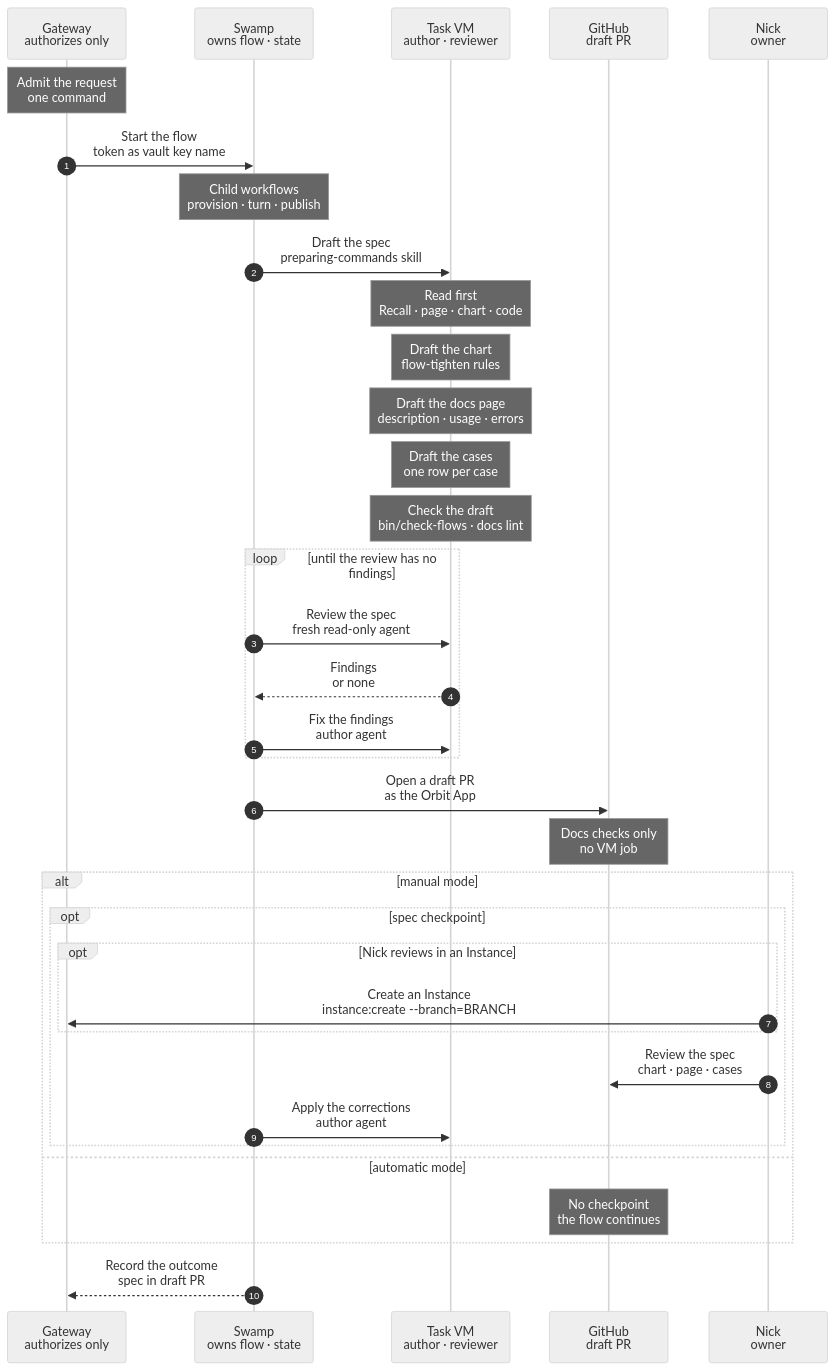
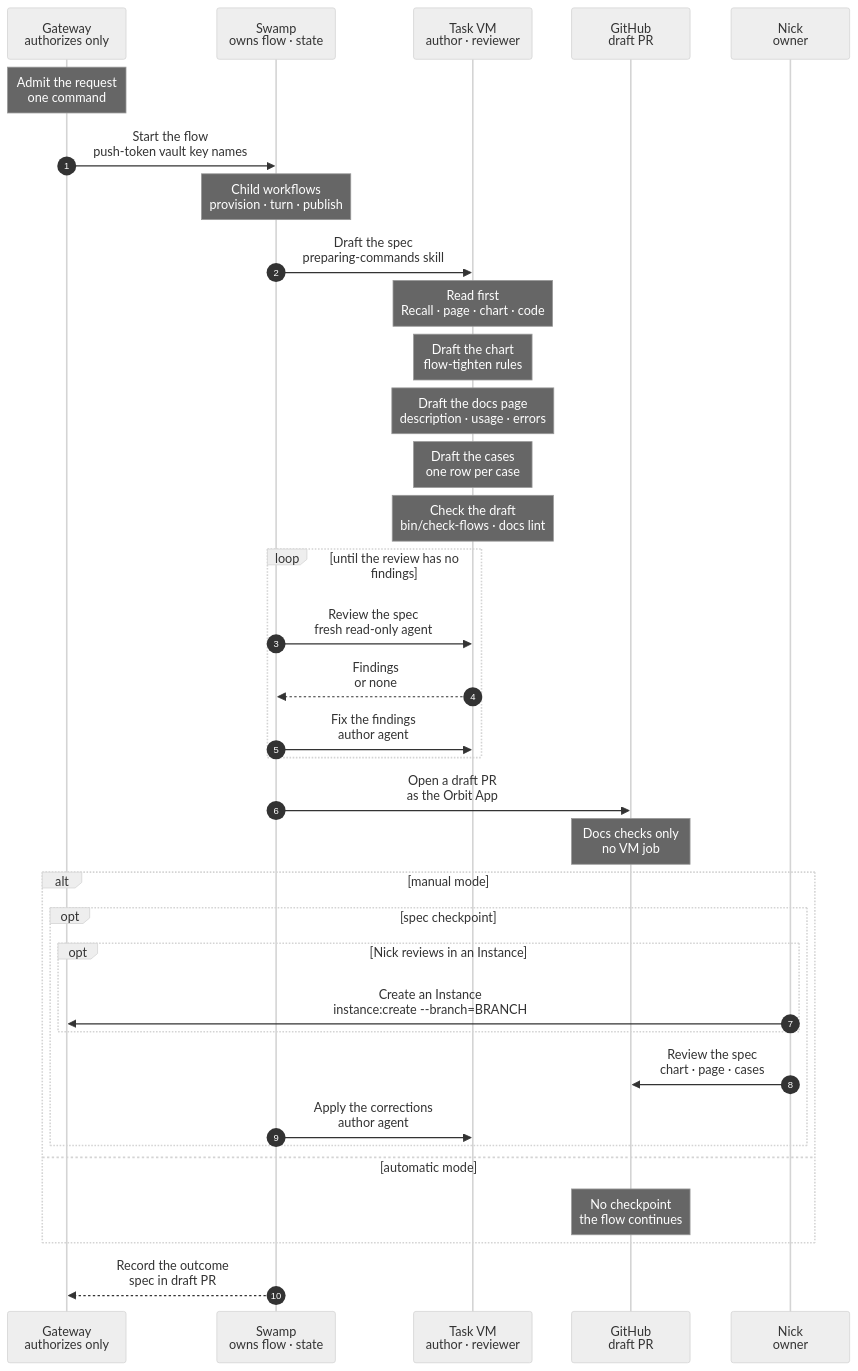
One commit to hardimpactdev/orbit changed the diagram in docs/reference/pipeline/1-prep.mmd. Above: the diagram before and after it, drawn with Mermaid (neutral theme). The commit also changed 12 other files, not shown here.

First line of the commit message:
tasks: mint the publish push token at the publish step, not at admission

```diff
--- a/docs/reference/pipeline/1-prep.mmd
+++ b/docs/reference/pipeline/1-prep.mmd
@@ -1,124 +1,124 @@
 sequenceDiagram
   %% Target design: stage 1 of the command development pipeline (docs/reference/command-development-pipeline.mdx). A command has one PR, and this stage starts it. Swamp owns the flow and its state; the Gateway only authorizes it: it admits each request, mints short-lived GitHub App tokens, passes them by vault key name, and records outcomes. An author agent drafts the spec (chart, docs page and cases), a separate review agent checks it, and Swamp opens a draft PR as the Orbit App. The spec is the first commit of that PR. In manual mode, Nick may review the spec in the draft before code is written; in automatic mode there is no checkpoint. The code and the runnable proof cases follow in the same PR (stages 2 to 4), and stage 4 holds the gate and the merge.
   %% status: draft
   %% command: development pipeline stage 1 · start the command PR with its spec
   %% kind: pipeline.1-prep
   autonumber
   %% lane GW icon=gateway pill=intent tone=blue
   %% lane SW icon=workflow pill=executes tone=green
   %% lane VM icon=terminal pill=target tone=gray
   %% lane GH icon=server pill=target tone=purple
   %% lane NK icon=terminal pill=caller tone=amber
   participant GW as Gateway<br/>authorizes only
   participant SW as Swamp<br/>owns flow · state
   participant VM as Task VM<br/>author · reviewer
   participant GH as GitHub<br/>draft PR
   participant NK as Nick<br/>owner
   Note over GW: Admit the request<br/>one command
   %%> What it does:
   %%> - authorizes the request to start the PR of one command
   %%> - records the operation, so the CLI and web show its state
-  %%> - mints a short-lived GitHub App token for the flow
+  %%> - names the vault keys of the push token; the publish step mints the token when it runs
   %%> Why:
   %%> - the Gateway only authorizes; Swamp owns the flow and all of its state
-  GW->>SW: Start the flow<br/>token as vault key name
+  GW->>SW: Start the flow<br/>push-token vault key names
   %%> Inputs:
   %%> - the command and its family
-  %%> - the vault key name of the token, never the token itself
+  %%> - the vault key names of the push token, never a token
   %%> Built or not:
   %%> - built: `tasks:prep` admits the run and Swamp runs it as the workflow `operation-task-prep`
   %%> - not built: the automatic mode, which a flow input would set
   Note over SW: Child workflows<br/>provision · turn · publish
   %%> What it does:
   %%> - the arrows below from Swamp to the task VM and to GitHub are child workflows of one parent run: `operation-task-provision`, `operation-task-turn` for the draft, review and fix turns, and `operation-task-publish` with a draft
   %%> - the Gateway captured their whole intent at admission and Swamp passes it down as inputs; no step calls the Gateway
   %%> - the commit and tree the draft leaves, which the Gateway cannot know at admission, pass from step to step inside the run
   SW->>VM: Draft the spec<br/>preparing-commands skill
   %%> What it does:
   %%> - the author agent drafts the chart, the docs page and the verification cases in a task VM
   %%> - this commit changes no code
   Note over VM: Read first<br/>Recall · page · chart · code
   %%> What it does:
   %%> - Recall `resolve` for the command and its family, and `decisions` for the family; current decisions override older text
   %%> - reads the existing page and chart; reads the code only to learn what exists, never as the target
   %%> - for a command that already has a spec from a docs-only PR, starts from it and updates it
   %%> - for a sibling of an approved command, starts from the sibling's chart, page and cases
   Note over VM: Draft the chart<br/>flow-tighten rules
   %%> What it does:
   %%> - writes `docs/cli/FAMILY/COMMAND.mmd`, the ideal flow, even where the code differs
   %%> - the main path uses required parameters only; each optional flag gets its own `opt` block
   %%> - uses role names and placeholders, never Node ids, task ids or hostnames
   %%> - shows the failure and cleanup contract: what a failure leaves behind, what a rerun does
   Note over VM: Draft the docs page<br/>description · usage · errors
   %%> What it does:
   %%> - writes `docs/cli/FAMILY/COMMAND.mdx` in this order: description, usage, how it works, errors
   %%> - states the rerun behavior, with the reason code of a skip
   Note over VM: Draft the cases<br/>one row per case
   %%> What it does:
   %%> - writes `swamp/proof/FAMILY/COMMAND.cases.yaml` from the chart and the page, never from the code; each case names its chart path and its batch from `swamp/proof/batches.yaml`
   %%> - covers required arguments only, each flag, each error on the chart, a repeat, and a failure after a partial change
   %%> - marks a case that the code fails today; never weakens a case to fit the code
   Note over VM: Check the draft<br/>bin/check-flows · docs lint
   %%> What it does:
   %%> - runs `bin/check-flows`, `composer docs-build` and `composer docs-lint`
   %%> - walks every error code, flag and repeat of the page against the cases
   loop until the review has no findings
     SW->>VM: Review the spec<br/>fresh read-only agent
     %%> What it does:
     %%> - a separate review agent, on another model than the author's and at high effort, checks the spec against the skills and the CLI standard
     %%> Decided by the orchestrator, for Nick's review:
     %%> - the chart names no model. The Pi policy of task agents allows only the group's provider and refuses Claude models, so the review agent runs on the reviewer model of the group, which differs from the author's
     %%> - it never wrote the spec
     VM-->>SW: Findings<br/>or none
     SW->>VM: Fix the findings<br/>author agent
     %%> When:
     %%> - only when the review has findings
     %%> Result:
     %%> - the author agent fixes every finding it can settle with the rules and Recall decisions
   end
   SW->>GH: Open a draft PR<br/>as the Orbit App
   %%> What it does:
-  %%> - reads the token from the vault by its key name
+  %%> - asks the Gateway for a token at this step, then reads it from the vault by its key name; no task VM holds it
   %%> - pushes the branch whose first commit holds the chart, page and cases of one command and nothing else
   %%> - opens the PR as a draft; it stays a draft until stage 4
   %%> - this is the one PR of the command: code and runnable proof cases join it later, and no separate docs PR exists
   %%> Built:
   %%> - the run opens the PR with the child workflow of `tasks:publish --draft`, so the App opens the spec PR
   Note over GH: Docs checks only<br/>no VM job
   %%> Why:
   %%> - the spec commit changes documentation only, so CI runs the docs checks and never the proof CI; the proof CI starts with the code
   alt manual mode
     opt spec checkpoint
       opt Nick reviews in an Instance
         NK->>GW: Create an Instance<br/>instance:create --branch=BRANCH
         %%> What it does:
         %%> - creates a development Instance that checks out the PR branch
         %%> - Nick and an agent review and adjust the spec there
         %%> Built or not:
         %%> - built: `instance:create --branch` checks out an existing origin branch (`docs/cli/instance/create.mdx`, Branch selection)
       end
       NK->>GH: Review the spec<br/>chart · page · cases
       %%> What it does:
       %%> - Nick reviews the chart, the page and the cases in the draft before any code is written
       %%> - each correction is a new commit on the same branch
       %%> - Nick approves the spec; the chart is then marked `%% status: reviewed`
       %%> Why:
       %%> - a wrong spec is cheapest to fix before code follows it
       SW->>VM: Apply the corrections<br/>author agent
       %%> When:
       %%> - only when Nick asks for corrections
       %%> Result:
       %%> - the author agent applies them, checks the draft again and pushes
       %%> Not built:
       %%> - this step; today an agent applies Nick's corrections by hand on the PR branch
     end
   else automatic mode
     Note over GH: No checkpoint<br/>the flow continues
     %%> Why:
     %%> - the review agents' clean pass is the spec approval; the final self-review in stage 4 reads the whole PR
   end
   SW-->>GW: Record the outcome<br/>spec in draft PR
   %%> Result:
   %%> - the Gateway records the draft PR with its spec commit, for the CLI and web
   %%> - the command is not ready and not merged; building starts in the same PR with stage 2, and stages 3 and 4 follow in it
   %%> - a command already prepared through a docs-only PR stays as it is; when its turn comes, this flow reviews and updates its spec
```
